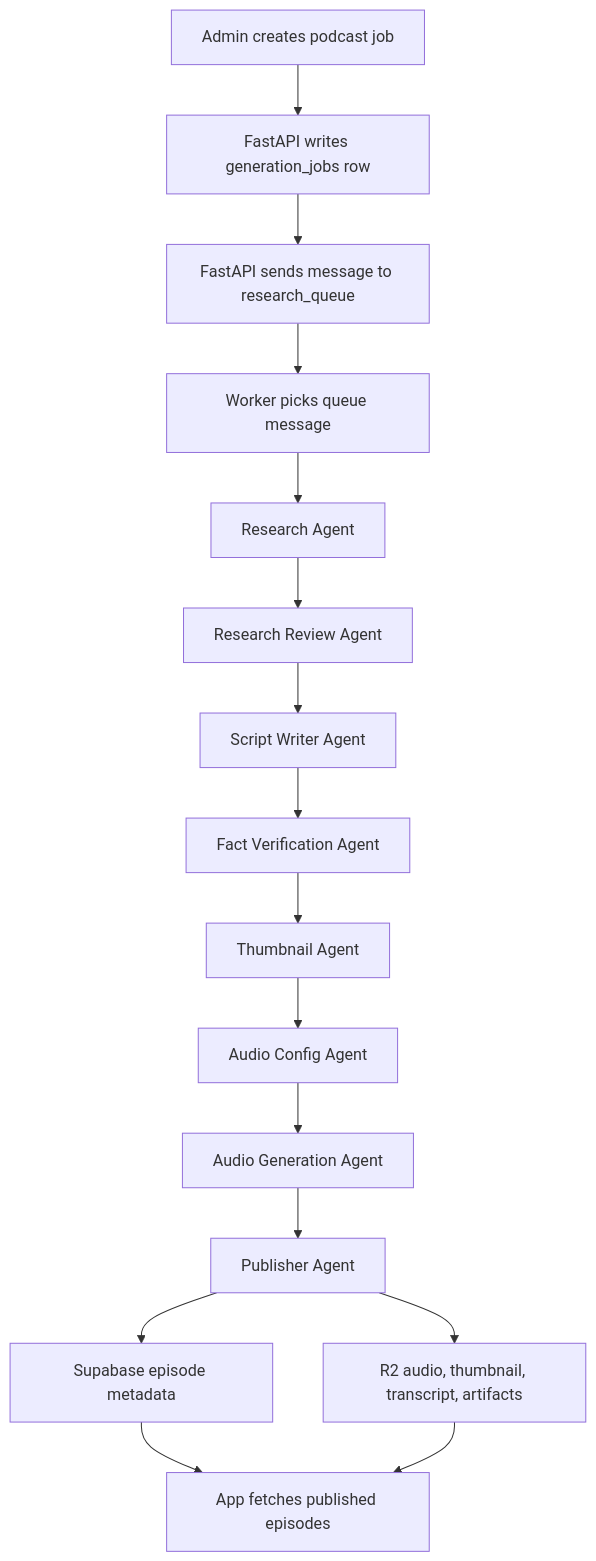
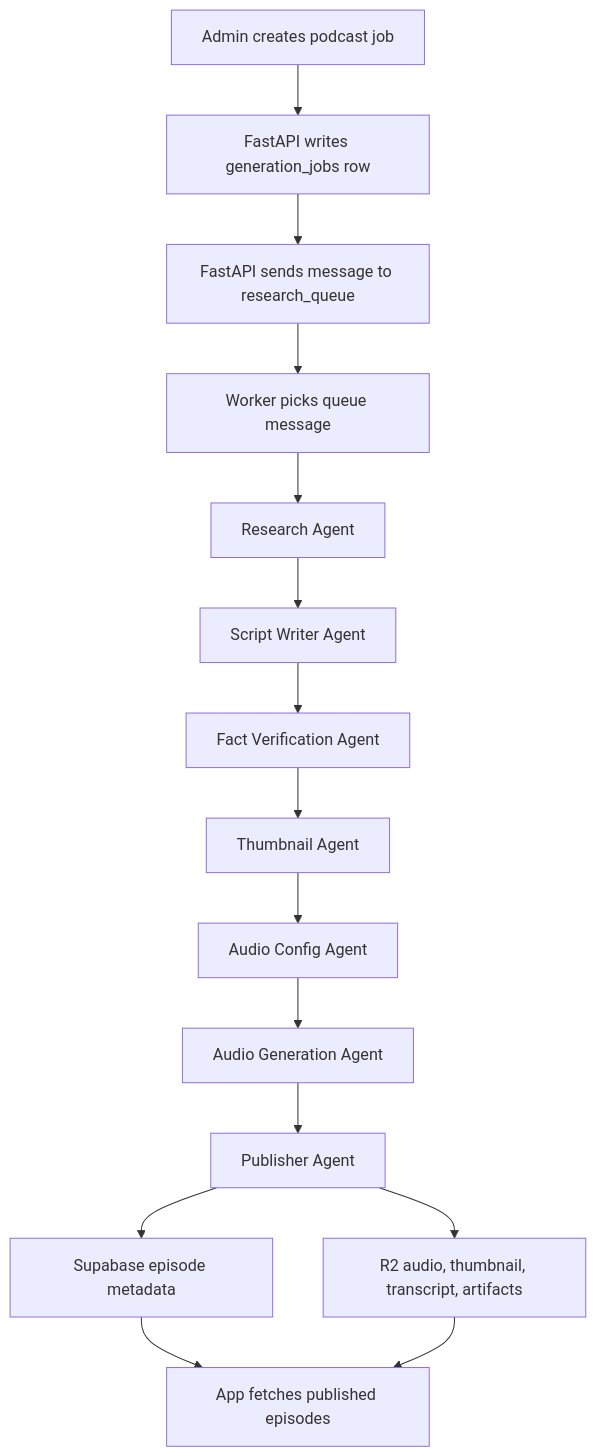
Before and after one commit to Yousafkhanzadaa/pleopod: the diagram in docs/system-flow.md, drawn with Mermaid. The commit also changed other lines of this file and 26 other files, not shown here.

First line of the commit message:
Refactor podcast generation pipeline and remove research review step

````diff
--- a/docs/system-flow.md
+++ b/docs/system-flow.md
@@ -21,18 +21,17 @@
 ```mermaid
 flowchart TD
   A["Admin creates podcast job"] --> B["FastAPI writes generation_jobs row"]
   B --> C["FastAPI sends message to research_queue"]
   C --> D["Worker picks queue message"]
   D --> E["Research Agent"]
-  E --> F["Research Review Agent"]
-  F --> G["Script Writer Agent"]
+  E --> G["Script Writer Agent"]
   G --> H["Fact Verification Agent"]
   H --> I["Thumbnail Agent"]
   I --> J["Audio Config Agent"]
   J --> K["Audio Generation Agent"]
   K --> L["Publisher Agent"]
   L --> M["Supabase episode metadata"]
   L --> N["R2 audio, thumbnail, transcript, artifacts"]
   M --> O["App fetches published episodes"]
   N --> O
 ```
````
